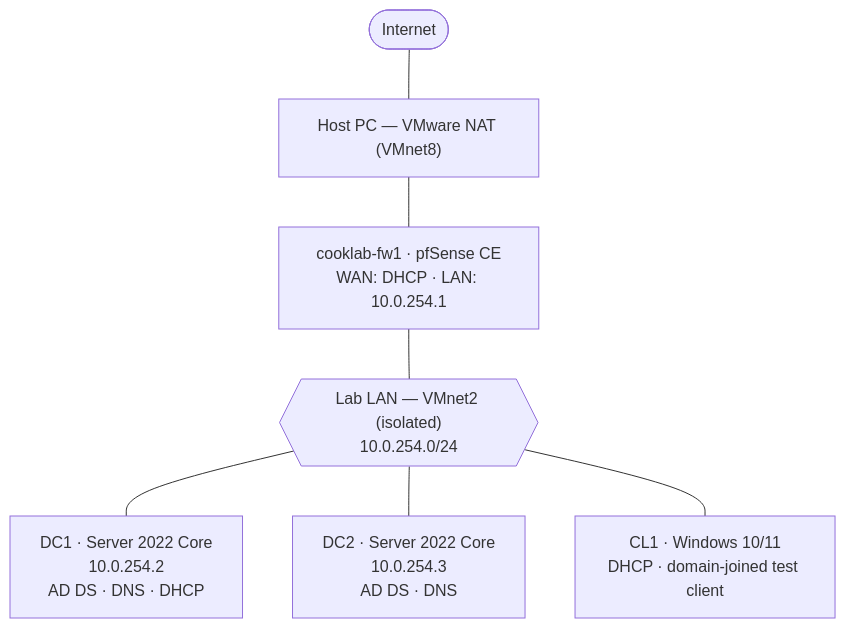
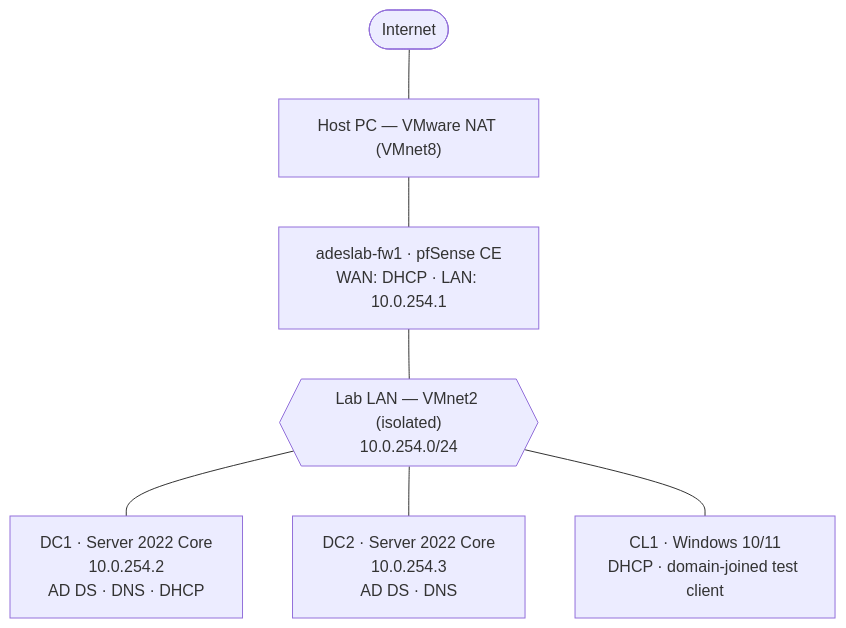
Before and after one commit to CadesCloudSolutions/HomeLab: the diagram in projects/01-active-directory-forest/README.md, drawn with Mermaid. The commit also changed other lines of this file and 1 other file, not shown here.

````diff
--- a/projects/01-active-directory-forest/README.md
+++ b/projects/01-active-directory-forest/README.md
@@ -12,9 +11,9 @@
 ```mermaid
 graph TD
     NET([Internet]) --- HOST["Host PC — VMware NAT (VMnet8)"]
-    HOST --- FW["cooklab-fw1 · pfSense CE<br/>WAN: DHCP · LAN: 10.0.254.1"]
+    HOST --- FW["adeslab-fw1 · pfSense CE<br/>WAN: DHCP · LAN: 10.0.254.1"]
     FW --- LAN{{"Lab LAN — VMnet2 (isolated)<br/>10.0.254.0/24"}}
     LAN --- DC1["DC1 · Server 2022 Core<br/>10.0.254.2<br/>AD DS · DNS · DHCP"]
     LAN --- DC2["DC2 · Server 2022 Core<br/>10.0.254.3<br/>AD DS · DNS"]
     LAN --- CL1["CL1 · Windows 10/11<br/>DHCP · domain-joined test client"]
 ```
````
